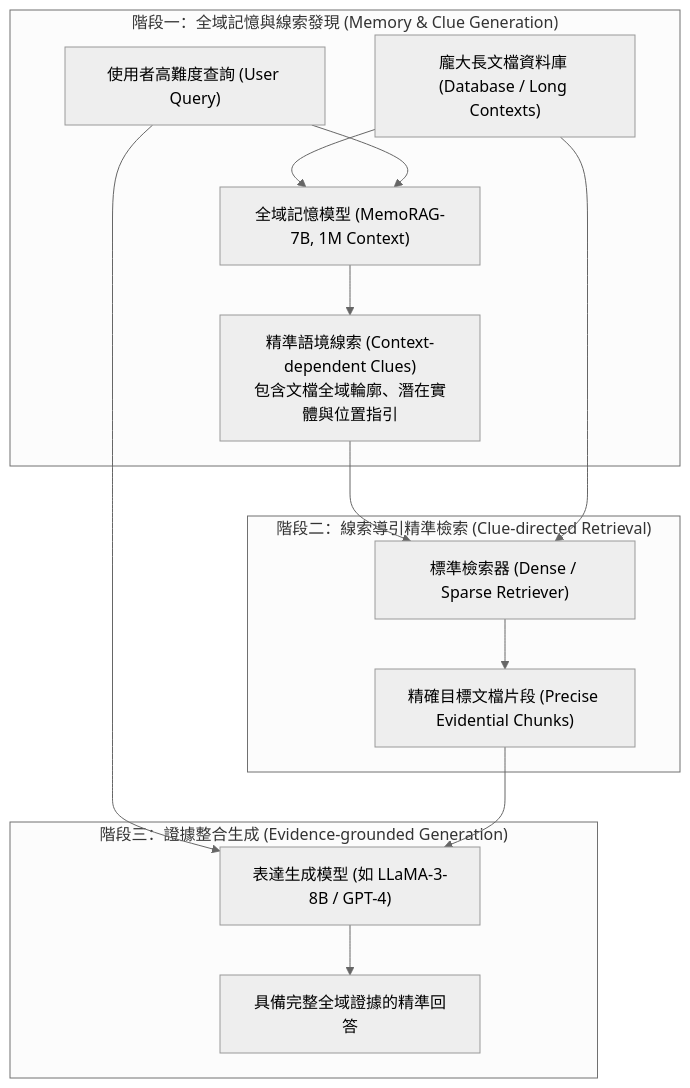
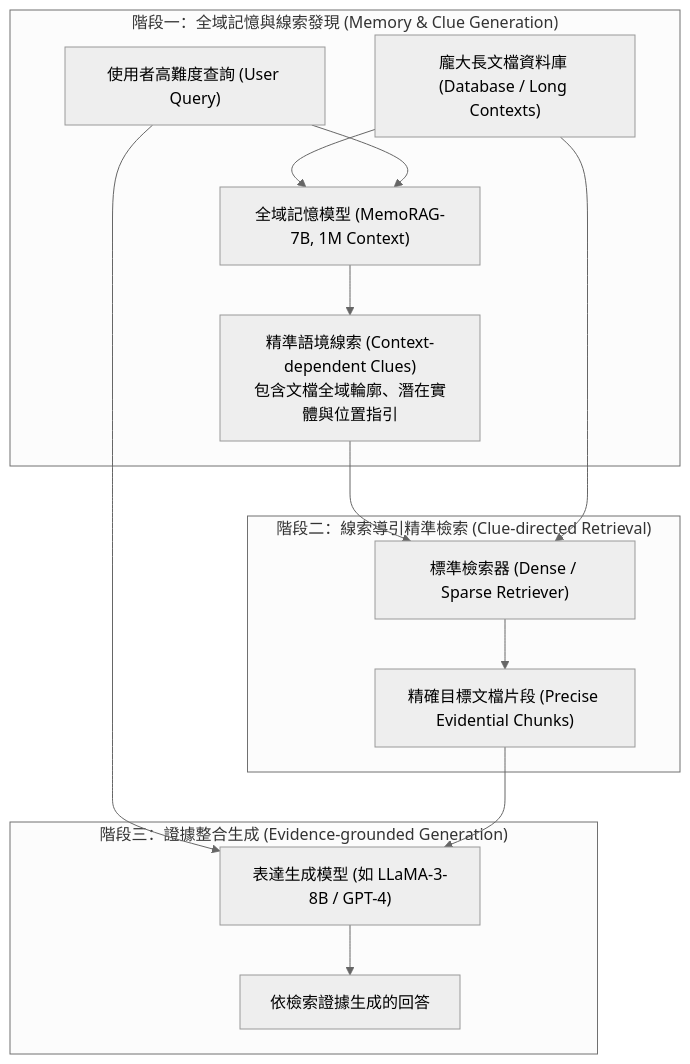
The diagram in 03 - 論文庫 (Literature Notes)/05 - Memory & Agents/(arXiv 2024-09) MemoRAG - Moving towards Next-Gen RAG Via Memory-Inspired Knowledge Discovery.md (Cycl0n3-ga/RAG-survey), drawn with Mermaid (neutral theme) before and after one commit. The commit also changed other lines of this file and 18 other files, not shown here.

````diff
--- a/03 - 論文庫 (Literature Notes)/05 - Memory & Agents/(arXiv 2024-09) MemoRAG - Moving towards Next-Gen RAG Via Memory-Inspired Knowledge Discovery.md
+++ b/03 - 論文庫 (Literature Notes)/05 - Memory & Agents/(arXiv 2024-09) MemoRAG - Moving towards Next-Gen RAG Via Memory-Inspired Knowledge Discovery.md
@@ -74,31 +85,31 @@
 ```mermaid
 flowchart TD
     subgraph memory_phase["階段一：全域記憶與線索發現 (Memory & Clue Generation)"]
         DOCS["龐大長文檔資料庫 (Database / Long Contexts)"]
         MEM_MODEL["全域記憶模型 (MemoRAG-7B, 1M Context)"]
         QUERY["使用者高難度查詢 (User Query)"]
         CLUES["精準語境線索 (Context-dependent Clues)<br/>包含文檔全域輪廓、潛在實體與位置指引"]
         
         DOCS --> MEM_MODEL
         QUERY --> MEM_MODEL
         MEM_MODEL --> CLUES
     end
 
     subgraph retrieval_phase["階段二：線索導引精準檢索 (Clue-directed Retrieval)"]
         RETRIEVER["標準檢索器 (Dense / Sparse Retriever)"]
         CHUNKS["精確目標文檔片段 (Precise Evidential Chunks)"]
         
         CLUES --> RETRIEVER
         DOCS --> RETRIEVER
         RETRIEVER --> CHUNKS
     end
 
     subgraph generation_phase["階段三：證據整合生成 (Evidence-grounded Generation)"]
         GEN_MODEL["表達生成模型 (如 LLaMA-3-8B / GPT-4)"]
-        ANSWER["具備完整全域證據的精準回答"]
+        ANSWER["依檢索證據生成的回答"]
         
         QUERY --> GEN_MODEL
         CHUNKS --> GEN_MODEL
         GEN_MODEL --> ANSWER
     end
 ```
````
